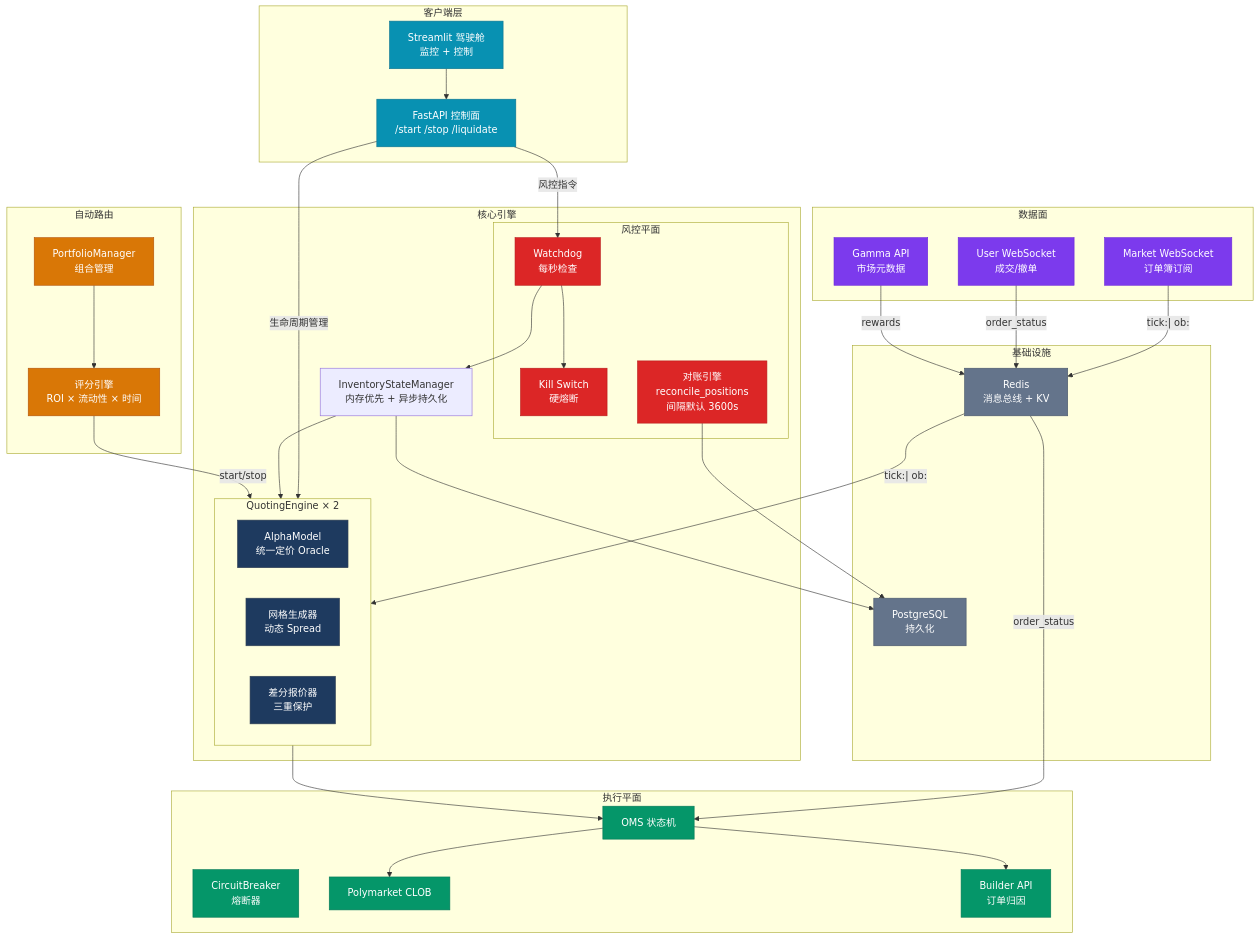
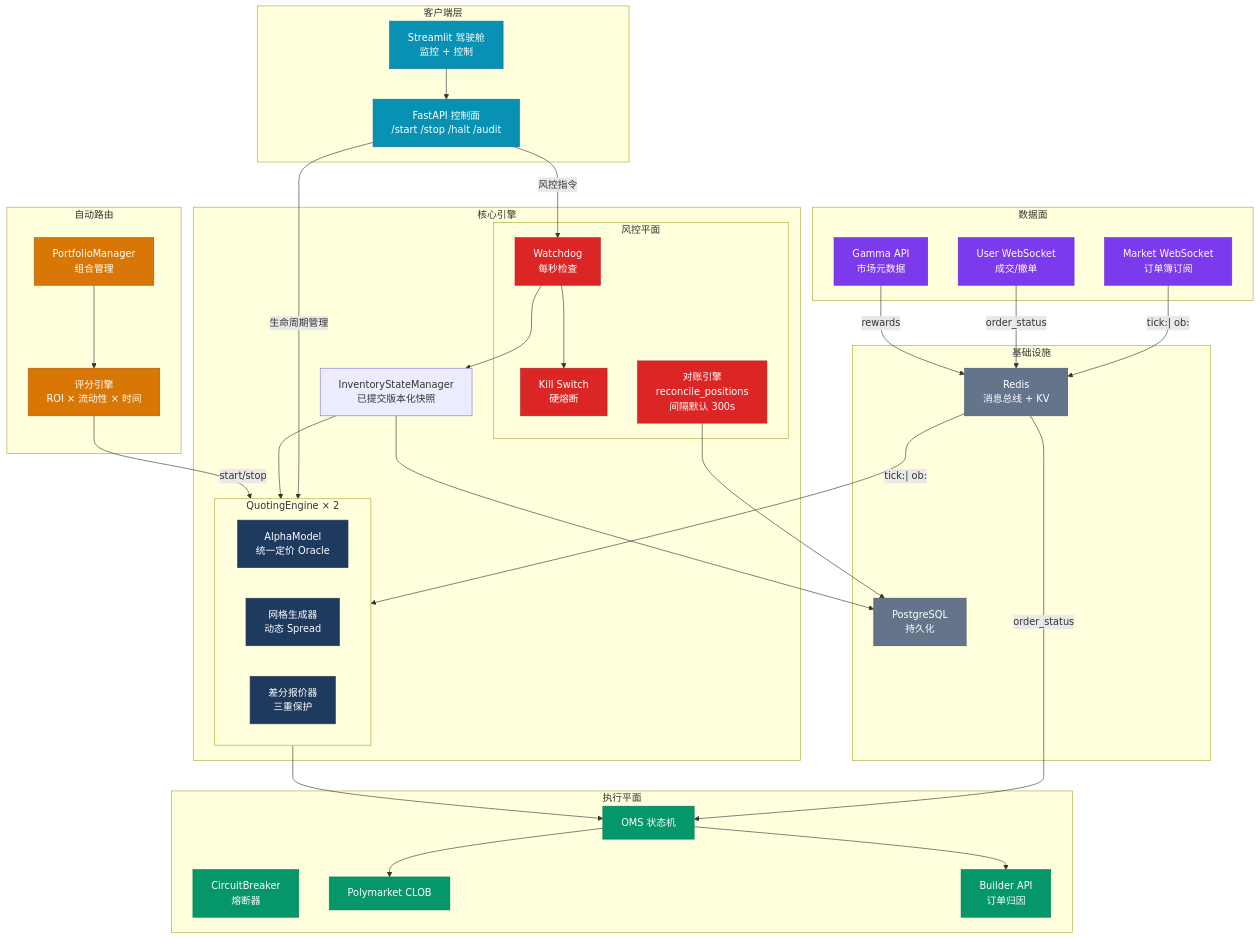
The first of 2 diagrams in spec/architecture_diagrams/15_system_overview.md (liu-kaining/PolyMatrixEngine), drawn with Mermaid before and after one commit. The commit also changed other lines of this file and 89 other files, not shown here.

```diff
--- a/spec/architecture_diagrams/15_system_overview.md
+++ b/spec/architecture_diagrams/15_system_overview.md
@@ -10,7 +10,7 @@
 flowchart TB
     subgraph Client["客户端层"]
         Dashboard["Streamlit 驾驶舱<br/>监控 + 控制"]
-        API["FastAPI 控制面<br/>/start /stop /liquidate"]
+        API["FastAPI 控制面<br/>/start /stop /halt /audit"]
     end
 
     subgraph Infra["基础设施"]
@@ -34,10 +34,10 @@
         subgraph Risk["风控平面"]
             Watchdog["Watchdog<br/>每秒检查"]
             KillSwitch["Kill Switch<br/>硬熔断"]
-            Reconciler["对账引擎<br/>reconcile_positions<br/>间隔默认 3600s"]
+            Reconciler["对账引擎<br/>reconcile_positions<br/>间隔默认 300s"]
         end
 
-        InvState["InventoryStateManager<br/>内存优先 + 异步持久化"]
+        InvState["InventoryStateManager<br/>已提交版本化快照"]
     end
 
     subgraph Execution["执行平面"]
```
